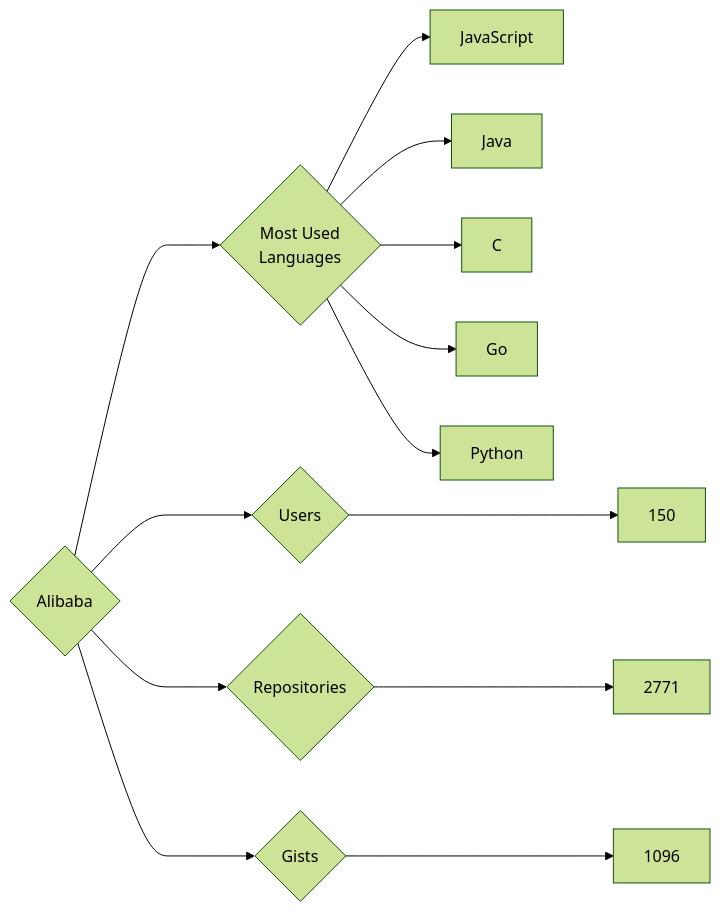
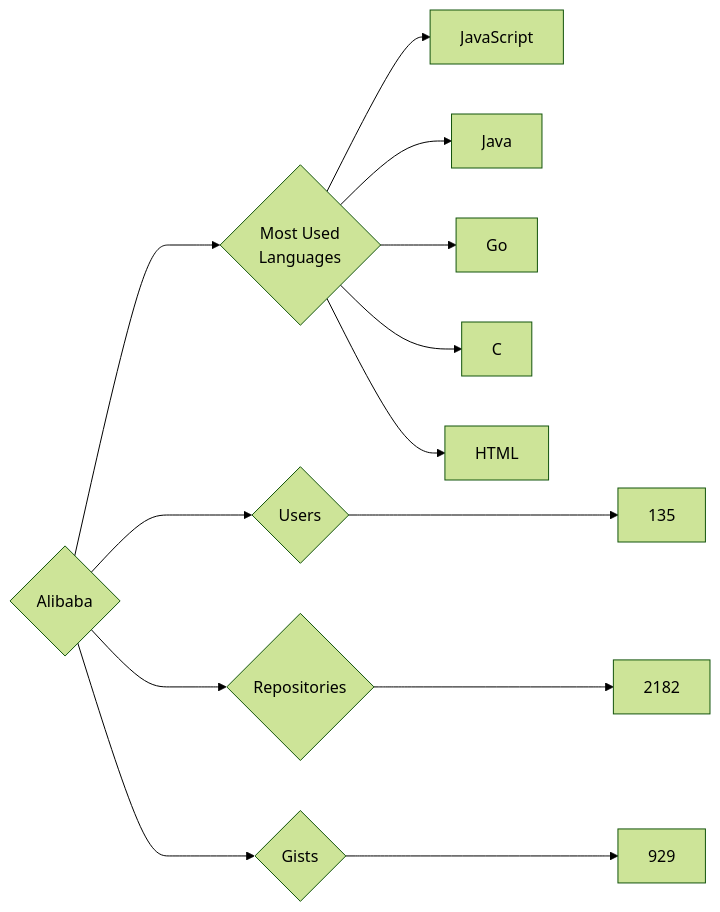
One commit to trickest/insiders changed the diagram in targets/Alibaba/README.md. Above: the diagram before and after it, drawn with Mermaid (forest theme). The commit also changed 720 other files, not shown here.

````diff
--- a/targets/Alibaba/README.md
+++ b/targets/Alibaba/README.md
@@ -3,13 +3,13 @@
 ```mermaid
 graph LR
 COMPANY_NAME{Alibaba}
-COMPANY_NAME ---> U{Users} ---> UN[150]
-COMPANY_NAME ---> R{Repositories} ---> RN[2771]
-COMPANY_NAME ---> G{Gists} ---> GN[1096]
+COMPANY_NAME ---> U{Users} ---> UN[135]
+COMPANY_NAME ---> R{Repositories} ---> RN[2182]
+COMPANY_NAME ---> G{Gists} ---> GN[929]
 COMPANY_NAME ---> ML{Most Used<br>Languages}
 ML --> JavaScript[JavaScript]
 ML --> Java[Java]
+ML --> Go[Go]
 ML --> C[C]
-ML --> Go[Go]
-ML --> Python[Python]
+ML --> HTML[HTML]
 ```
````
